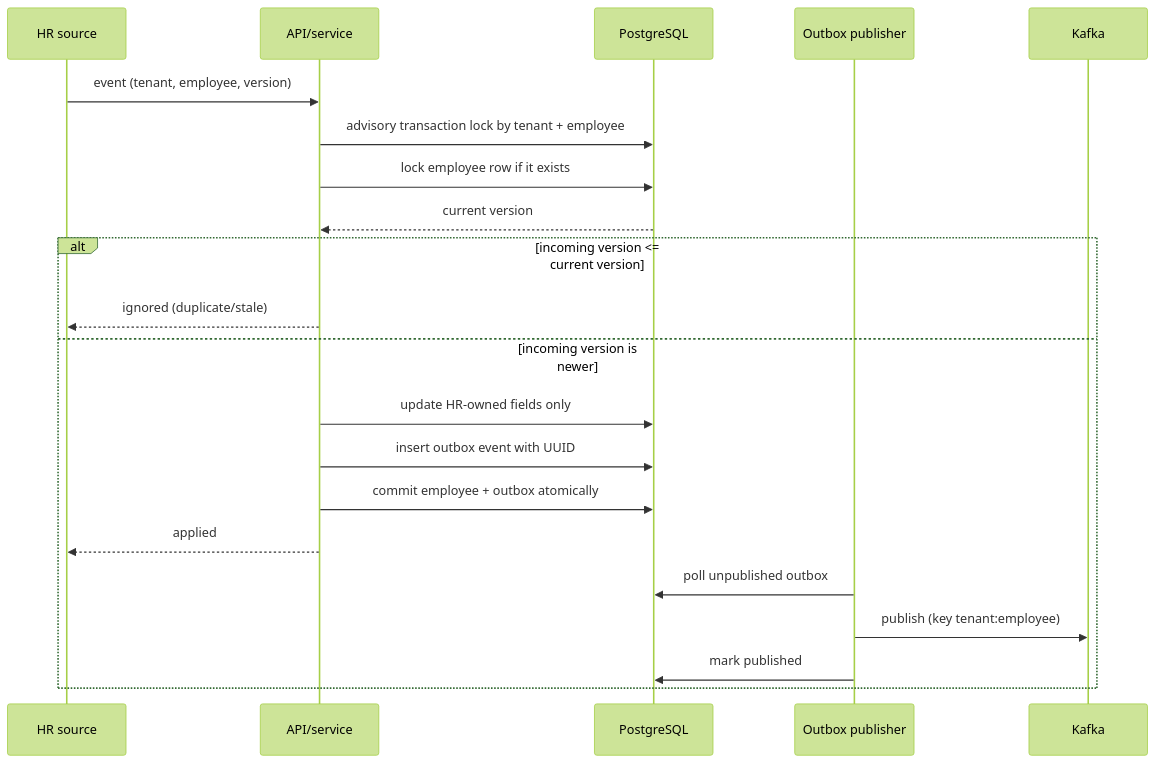
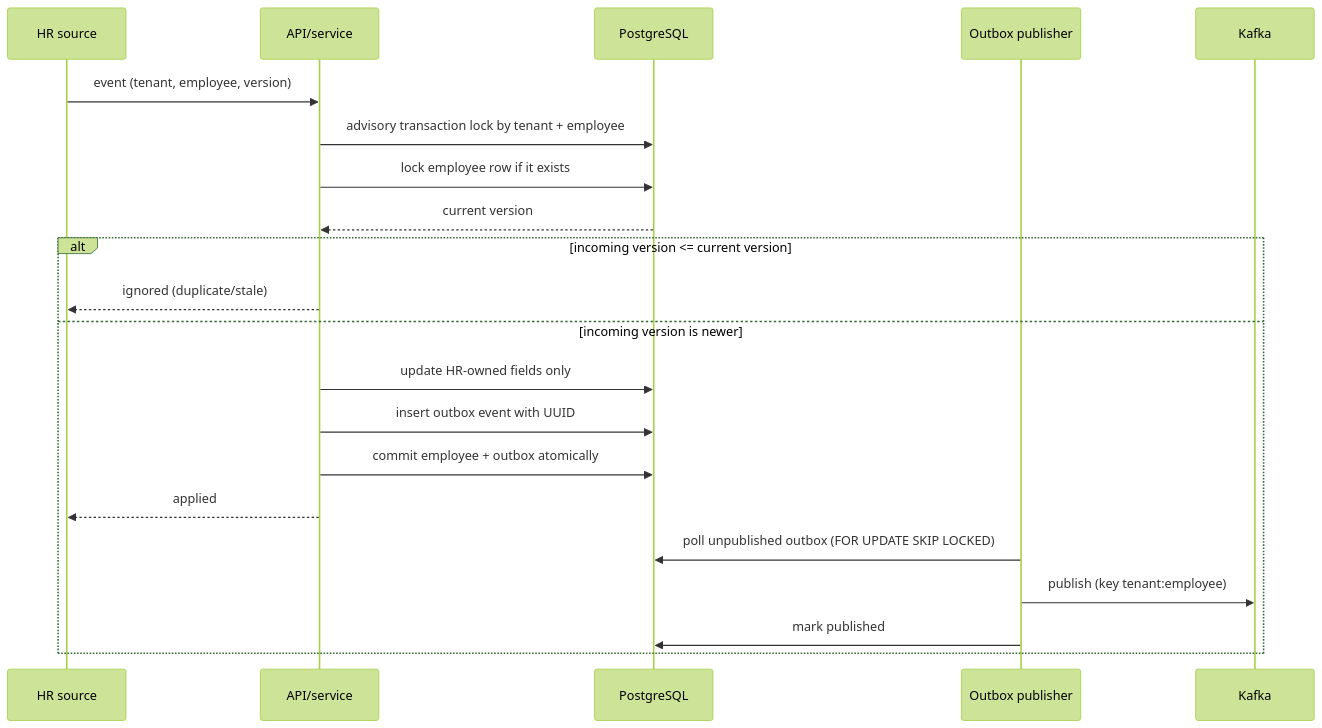
The second of 3 diagrams in docs/DESIGN.md (swetak0911/hr-roster-sync), drawn with Mermaid (forest theme) before and after one commit. The commit also changed other lines of this file and 10 other files, not shown here.

````diff
--- a/docs/DESIGN.md
+++ b/docs/DESIGN.md
@@ -33,23 +34,23 @@
 ```mermaid
 sequenceDiagram
   participant HR as HR source
   participant API as API/service
   participant DB as PostgreSQL
   participant P as Outbox publisher
   participant K as Kafka
   HR->>API: event (tenant, employee, version)
   API->>DB: advisory transaction lock by tenant + employee
   API->>DB: lock employee row if it exists
   DB-->>API: current version
   alt incoming version <= current version
     API-->>HR: ignored (duplicate/stale)
   else incoming version is newer
     API->>DB: update HR-owned fields only
     API->>DB: insert outbox event with UUID
     API->>DB: commit employee + outbox atomically
     API-->>HR: applied
-    P->>DB: poll unpublished outbox
+    P->>DB: poll unpublished outbox (FOR UPDATE SKIP LOCKED)
     P->>K: publish (key tenant:employee)
     P->>DB: mark published
   end
 ```
````
